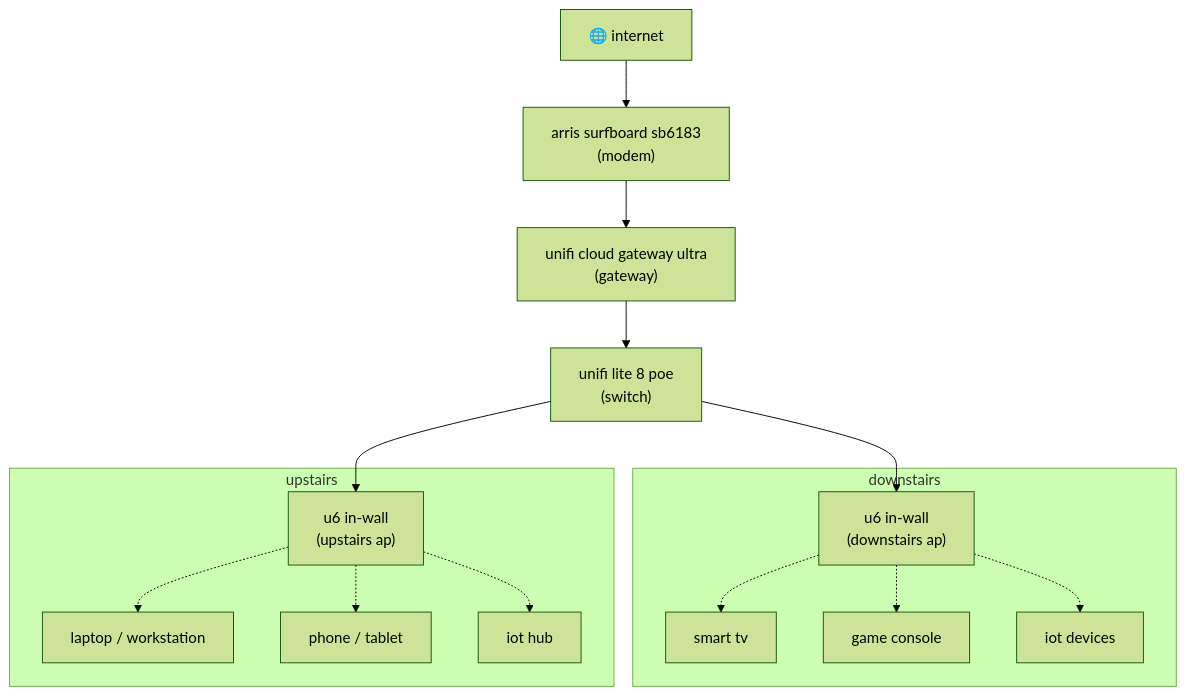
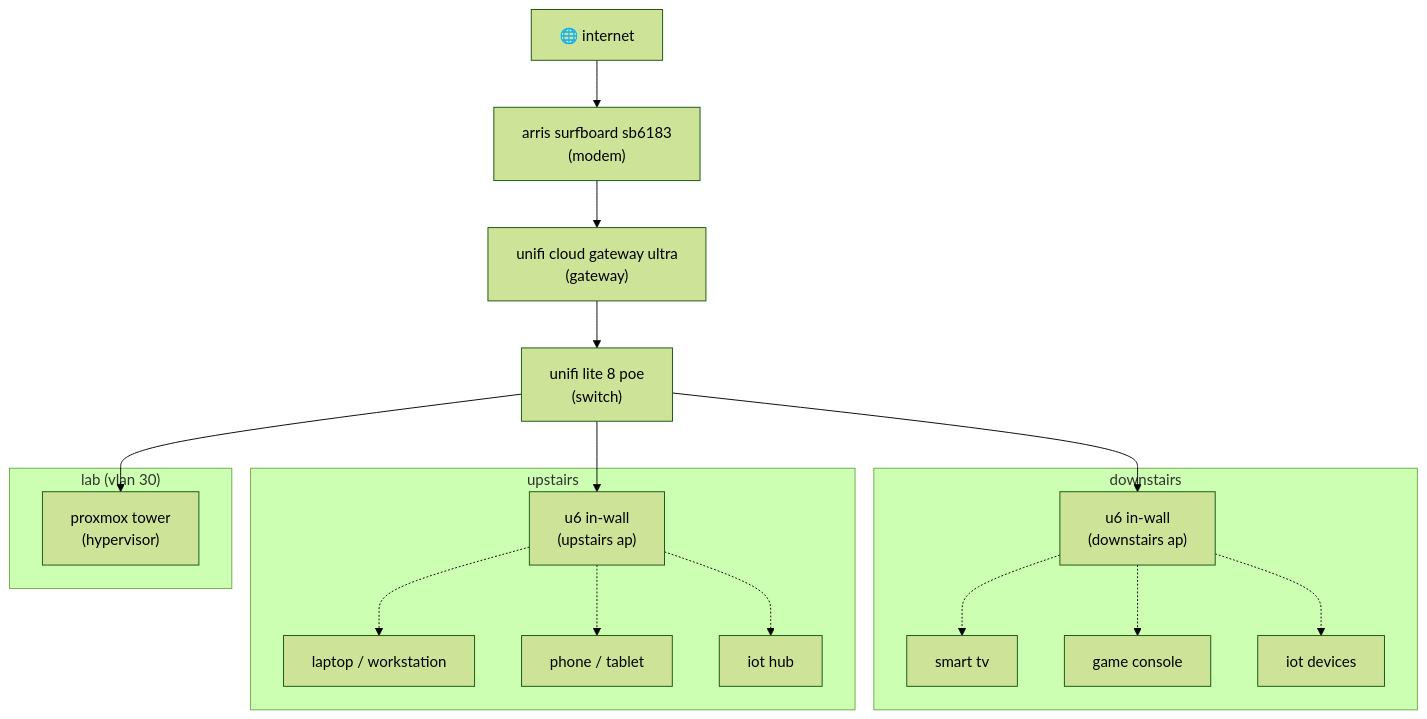
Before and after one commit to iamnande/homelab: the first of 2 diagrams in network/README.md, drawn with Mermaid (forest theme). The commit also changed other lines of this file and 1 other file, not shown here.

First line of the commit message:
docs(network,compute): document proxmox trunk port vlan architecture

````diff
--- a/network/README.md
+++ b/network/README.md
@@ -36,41 +36,48 @@
 ```mermaid
 graph TD
 
     %% --- Core network path ---
     internet["🌐 internet"]
     modem["arris surfboard sb6183<br/>(modem)"]
     gateway["unifi cloud gateway ultra<br/>(gateway)"]
     switch["unifi lite 8 poe<br/>(switch)"]
 
     internet --> modem --> gateway --> switch
 
     %% --- downstairs ---
     subgraph downstairs
         ap_down["u6 in-wall<br/>(downstairs ap)"]
         client_d1["smart tv"]
         client_d2["game console"]
         client_d3["iot devices"]
     end
 
     switch --> ap_down
     ap_down -.-> client_d1
     ap_down -.-> client_d2
     ap_down -.-> client_d3
 
     %% --- upstairs ---
     subgraph upstairs
         ap_up["u6 in-wall<br/>(upstairs ap)"]
         client_u1["laptop / workstation"]
         client_u2["phone / tablet"]
         client_u3["iot hub"]
     end
 
     switch --> ap_up
     ap_up -.-> client_u1
     ap_up -.-> client_u2
     ap_up -.-> client_u3
 
+    %% --- lab ---
+    subgraph lab["lab (vlan 30)"]
+        proxmox["proxmox tower<br/>(hypervisor)"]
+    end
+
+    switch --> proxmox
+
     %% --- Legend ---
     classDef wired stroke-width:2px,stroke:#333;
     classDef wireless stroke-dasharray:5 5,stroke:#999;
 ```
````
